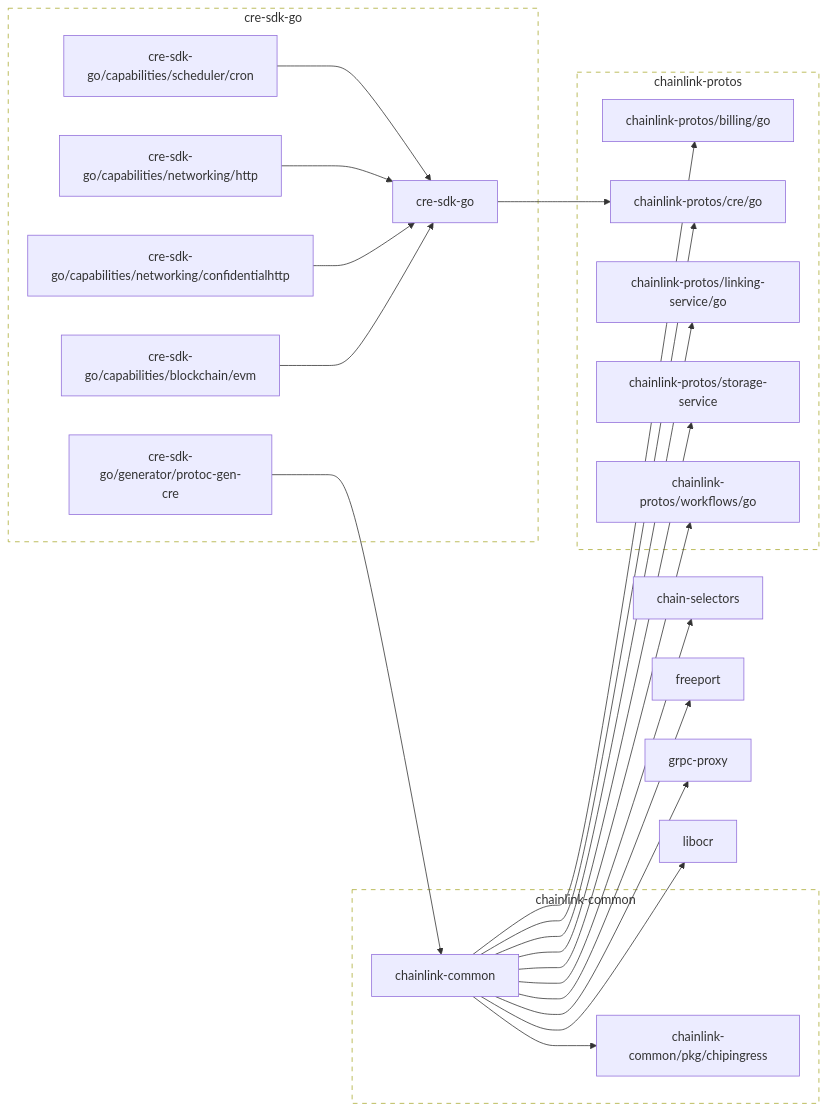
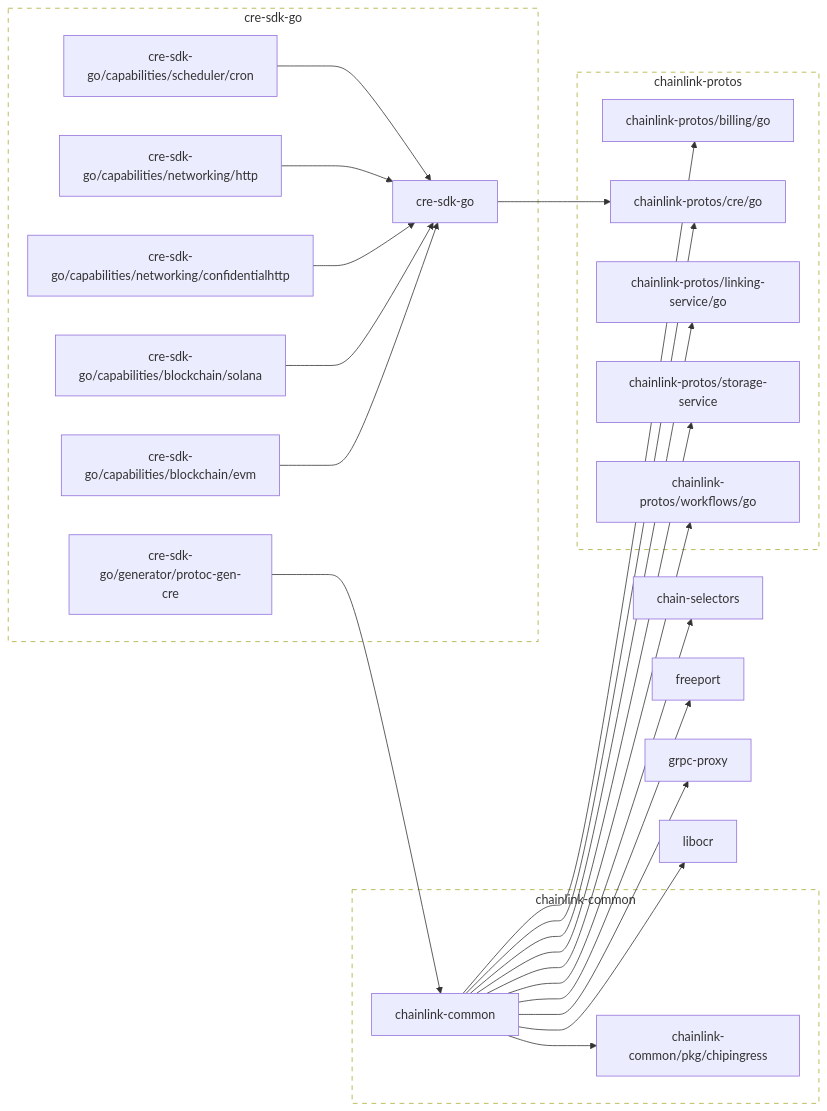
The diagram in go.md (smartcontractkit/cre-sdk-go), drawn with Mermaid before and after one commit. The commit also changed 2 other files, not shown here.

Commit message:
make modgraph

````diff
--- a/go.md
+++ b/go.md
@@ -2,75 +2,78 @@
 ```mermaid
 flowchart LR
 
 	chain-selectors
 	click chain-selectors href "https://github.com/smartcontractkit/chain-selectors"
 	chainlink-common --> chain-selectors
 	chainlink-common --> chainlink-common/pkg/chipingress
 	chainlink-common --> chainlink-protos/billing/go
 	chainlink-common --> chainlink-protos/cre/go
 	chainlink-common --> chainlink-protos/linking-service/go
 	chainlink-common --> chainlink-protos/storage-service
 	chainlink-common --> chainlink-protos/workflows/go
 	chainlink-common --> freeport
 	chainlink-common --> grpc-proxy
 	chainlink-common --> libocr
 	click chainlink-common href "https://github.com/smartcontractkit/chainlink-common"
 	chainlink-common/pkg/chipingress
 	click chainlink-common/pkg/chipingress href "https://github.com/smartcontractkit/chainlink-common"
 	chainlink-protos/billing/go
 	click chainlink-protos/billing/go href "https://github.com/smartcontractkit/chainlink-protos"
 	chainlink-protos/cre/go
 	click chainlink-protos/cre/go href "https://github.com/smartcontractkit/chainlink-protos"
 	chainlink-protos/linking-service/go
 	click chainlink-protos/linking-service/go href "https://github.com/smartcontractkit/chainlink-protos"
 	chainlink-protos/storage-service
 	click chainlink-protos/storage-service href "https://github.com/smartcontractkit/chainlink-protos"
 	chainlink-protos/workflows/go
 	click chainlink-protos/workflows/go href "https://github.com/smartcontractkit/chainlink-protos"
 	cre-sdk-go --> chainlink-protos/cre/go
 	click cre-sdk-go href "https://github.com/smartcontractkit/cre-sdk-go"
 	cre-sdk-go/capabilities/blockchain/evm --> cre-sdk-go
 	click cre-sdk-go/capabilities/blockchain/evm href "https://github.com/smartcontractkit/cre-sdk-go"
+	cre-sdk-go/capabilities/blockchain/solana --> cre-sdk-go
+	click cre-sdk-go/capabilities/blockchain/solana href "https://github.com/smartcontractkit/cre-sdk-go"
 	cre-sdk-go/capabilities/networking/confidentialhttp --> cre-sdk-go
 	click cre-sdk-go/capabilities/networking/confidentialhttp href "https://github.com/smartcontractkit/cre-sdk-go"
 	cre-sdk-go/capabilities/networking/http --> cre-sdk-go
 	click cre-sdk-go/capabilities/networking/http href "https://github.com/smartcontractkit/cre-sdk-go"
 	cre-sdk-go/capabilities/scheduler/cron --> cre-sdk-go
 	click cre-sdk-go/capabilities/scheduler/cron href "https://github.com/smartcontractkit/cre-sdk-go"
 	cre-sdk-go/generator/protoc-gen-cre --> chainlink-common
 	click cre-sdk-go/generator/protoc-gen-cre href "https://github.com/smartcontractkit/cre-sdk-go"
 	freeport
 	click freeport href "https://github.com/smartcontractkit/freeport"
 	grpc-proxy
 	click grpc-proxy href "https://github.com/smartcontractkit/grpc-proxy"
 	libocr
 	click libocr href "https://github.com/smartcontractkit/libocr"
 
 	subgraph chainlink-common-repo[chainlink-common]
 		 chainlink-common
 		 chainlink-common/pkg/chipingress
 	end
 	click chainlink-common-repo href "https://github.com/smartcontractkit/chainlink-common"
 
 	subgraph chainlink-protos-repo[chainlink-protos]
 		 chainlink-protos/billing/go
 		 chainlink-protos/cre/go
 		 chainlink-protos/linking-service/go
 		 chainlink-protos/storage-service
 		 chainlink-protos/workflows/go
 	end
 	click chainlink-protos-repo href "https://github.com/smartcontractkit/chainlink-protos"
 
 	subgraph cre-sdk-go-repo[cre-sdk-go]
 		 cre-sdk-go
 		 cre-sdk-go/capabilities/blockchain/evm
+		 cre-sdk-go/capabilities/blockchain/solana
 		 cre-sdk-go/capabilities/networking/confidentialhttp
 		 cre-sdk-go/capabilities/networking/http
 		 cre-sdk-go/capabilities/scheduler/cron
 		 cre-sdk-go/generator/protoc-gen-cre
 	end
 	click cre-sdk-go-repo href "https://github.com/smartcontractkit/cre-sdk-go"
 
 	classDef outline stroke-dasharray:6,fill:none;
 	class chainlink-common-repo,chainlink-protos-repo,cre-sdk-go-repo outline
 ```
````
